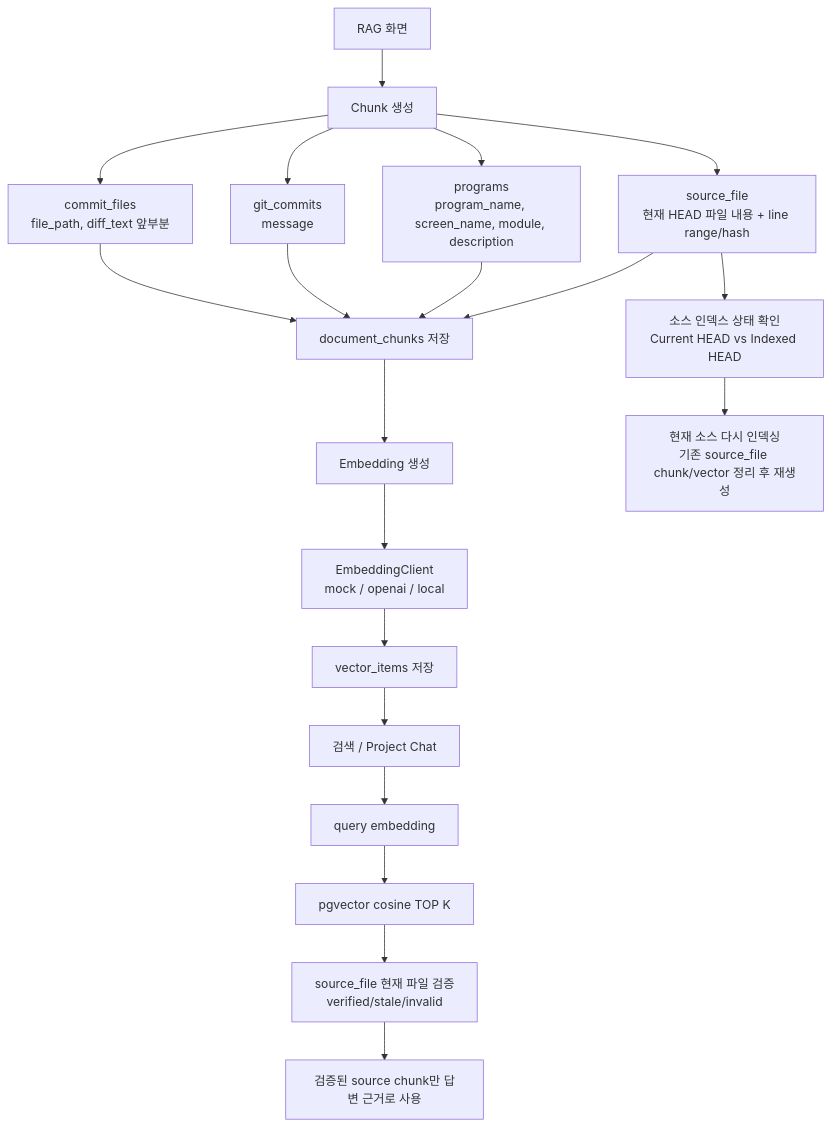
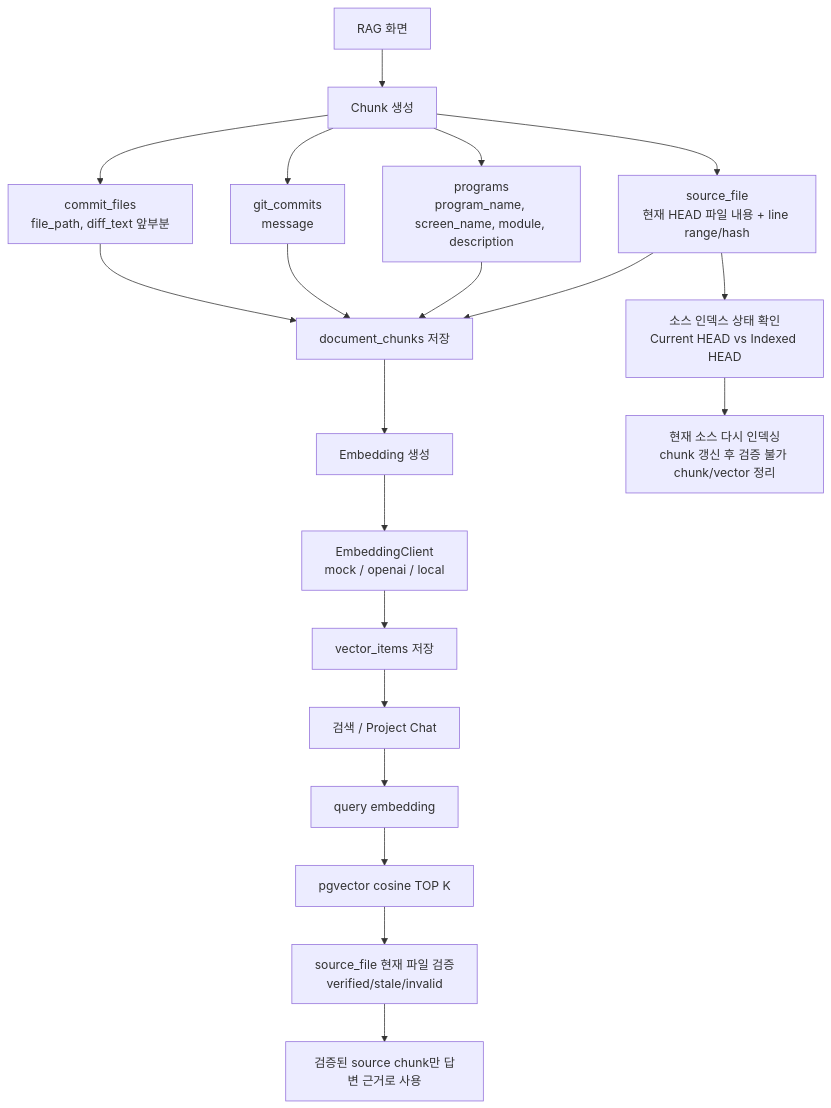
One commit to ino5/ai-commit-advisor-26 changed the fifth of 7 diagrams in README_ARCHITECTURE.md. Above: the diagram before and after it, drawn with Mermaid. The commit also changed other lines of this file and 6 other files, not shown here.

````diff
--- a/README_ARCHITECTURE.md
+++ b/README_ARCHITECTURE.md
@@ -375,22 +375,22 @@
 ```mermaid
 flowchart TD
     A["RAG 화면"] --> B["Chunk 생성"]
     B --> C["source_file<br/>현재 HEAD 파일 내용 + line range/hash"]
     B --> D["programs<br/>program_name, screen_name, module, description"]
     B --> E["git_commits<br/>message"]
     B --> F["commit_files<br/>file_path, diff_text 앞부분"]
     C --> G["document_chunks 저장"]
     D --> G
     E --> G
     F --> G
     G --> H["Embedding 생성"]
     H --> I["EmbeddingClient<br/>mock / openai / local"]
     I --> J["vector_items 저장"]
     J --> K["검색 / Project Chat"]
     K --> L["query embedding"]
     L --> M["pgvector cosine TOP K"]
     M --> N["source_file 현재 파일 검증<br/>verified/stale/invalid"]
     N --> O["검증된 source chunk만 답변 근거로 사용"]
     C --> P["소스 인덱스 상태 확인<br/>Current HEAD vs Indexed HEAD"]
-    P --> Q["현재 소스 다시 인덱싱<br/>기존 source_file chunk/vector 정리 후 재생성"]
+    P --> Q["현재 소스 다시 인덱싱<br/>chunk 갱신 후 검증 불가 chunk/vector 정리"]
 ```
````
